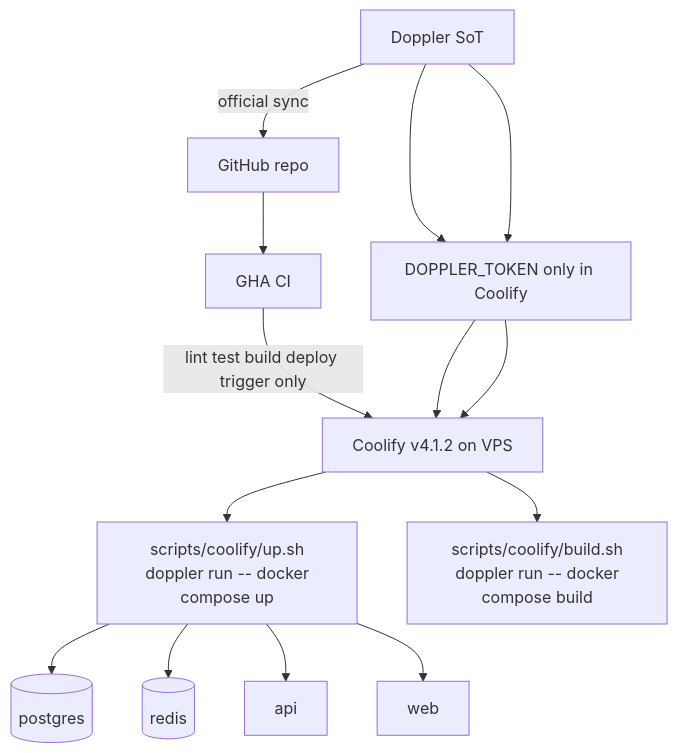
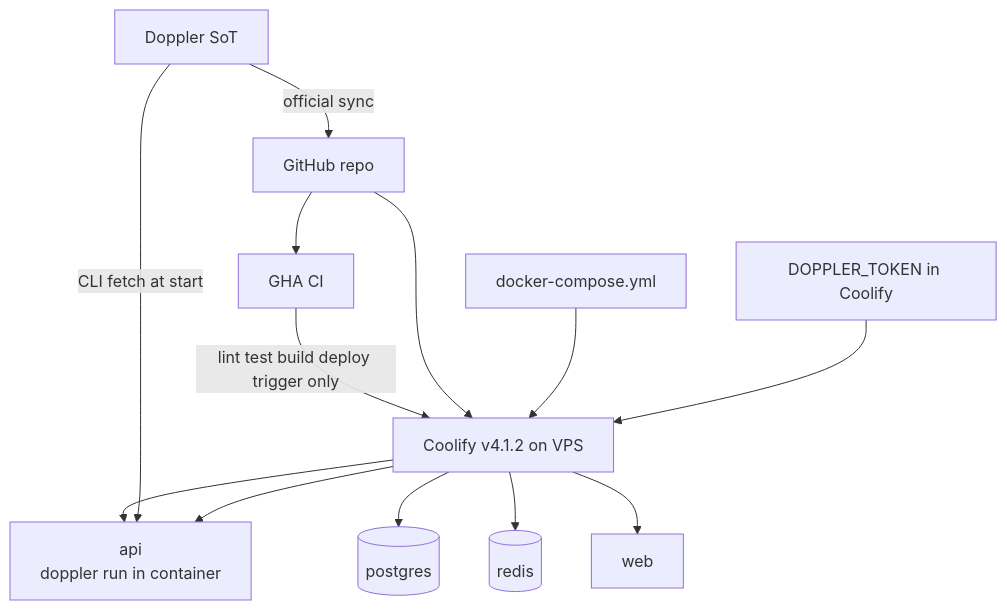
Before and after one commit to Milkywayrules/padelski.id: the first of 2 diagrams in docs/adr/0002-deploy-secrets-doppler-coolify.md, drawn with Mermaid. The commit also changed other lines of this file and 10 other files, not shown here.

````diff
--- a/docs/adr/0002-deploy-secrets-doppler-coolify.md
+++ b/docs/adr/0002-deploy-secrets-doppler-coolify.md
@@ -11,24 +13,25 @@
 ```mermaid
 flowchart TB
     DOP[Doppler SoT]
     GH[GitHub repo]
     GHA[GHA CI]
     COOL[Coolify v4.1.2 on VPS]
-    TOK[DOPPLER_TOKEN only in Coolify]
-    UP["scripts/coolify/up.sh\n doppler run -- docker compose up"]
-    BUILD["scripts/coolify/build.sh\n doppler run -- docker compose build"]
+    TOK[DOPPLER_TOKEN in Coolify]
+    COMPOSE[docker-compose.yml]
     PG[(postgres)]
     RD[(redis)]
-    API[api]
+    API["api\n doppler run in container"]
     WEB[web]
 
     DOP -->|official sync| GH
     GH --> GHA
     GHA -->|lint test build deploy trigger only| COOL
-    DOP --> TOK --> COOL --> BUILD
-    DOP --> TOK --> COOL --> UP
-    UP --> PG
-    UP --> RD
-    UP --> API
-    UP --> WEB
+    GH --> COOL
+    COMPOSE --> COOL
+    TOK --> COOL --> API
+    DOP -->|CLI fetch at start| API
+    COOL --> PG
+    COOL --> RD
+    COOL --> API
+    COOL --> WEB
 ```
````
